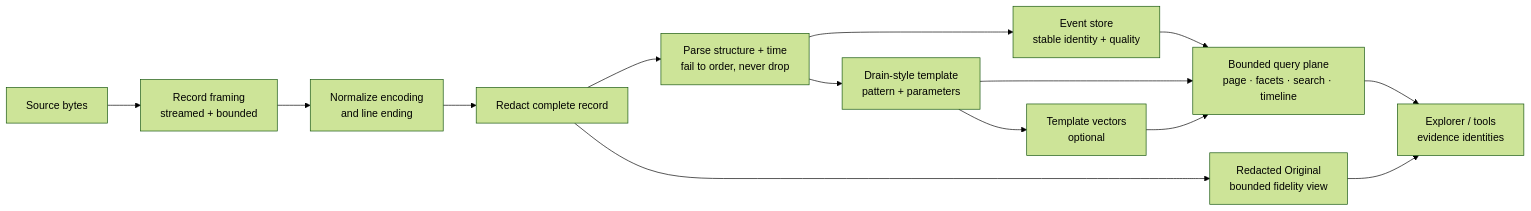
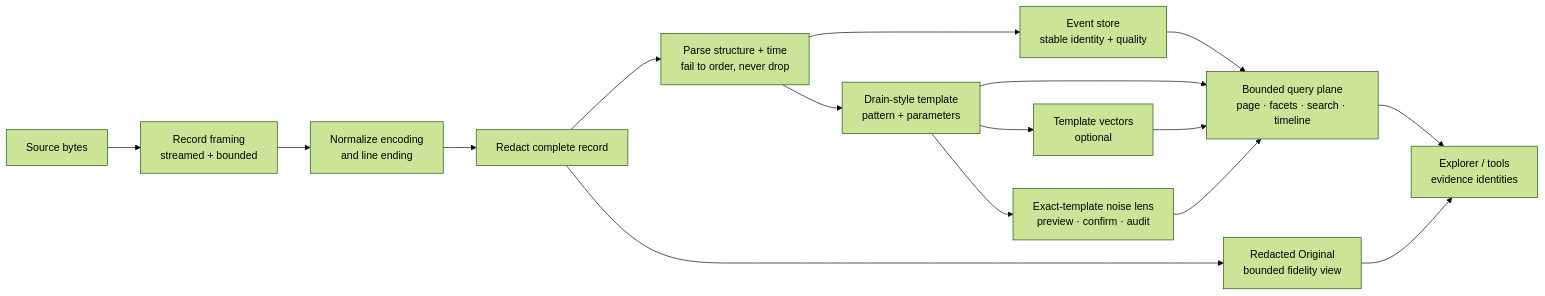
One commit to chriscase/ContextDesk changed the first of 2 diagrams in docs/design/proven-methods/LOG_EVIDENCE_PIPELINE.md. Above: the diagram before and after it, drawn with Mermaid (forest theme). The commit also changed other lines of this file and 24 other files, not shown here.

Commit message:
feat(logs): add hardened exact-template suppression (#766)

````diff
--- a/docs/design/proven-methods/LOG_EVIDENCE_PIPELINE.md
+++ b/docs/design/proven-methods/LOG_EVIDENCE_PIPELINE.md
@@ -62,25 +65,27 @@
 ```mermaid
 flowchart LR
 %% title: Bounded log evidence pipeline
     A["Source bytes"]
     B["Record framing<br/>streamed + bounded"]
     C["Normalize encoding<br/>and line ending"]
     D["Redact complete record"]
     E["Parse structure + time<br/>fail to order, never drop"]
     F["Event store<br/>stable identity + quality"]
     G["Drain-style template<br/>pattern + parameters"]
     H["Template vectors<br/>optional"]
     I["Bounded query plane<br/>page · facets · search · timeline"]
+    L["Exact-template noise lens<br/>preview · confirm · audit"]
     J["Explorer / tools<br/>evidence identities"]
     K["Redacted Original<br/>bounded fidelity view"]
 
     A --> B --> C --> D
     D --> E --> F
     D --> K
     E --> G --> H
     F --> I
     G --> I
     H --> I
+    G --> L --> I
     I --> J
     K --> J
 ```
````
